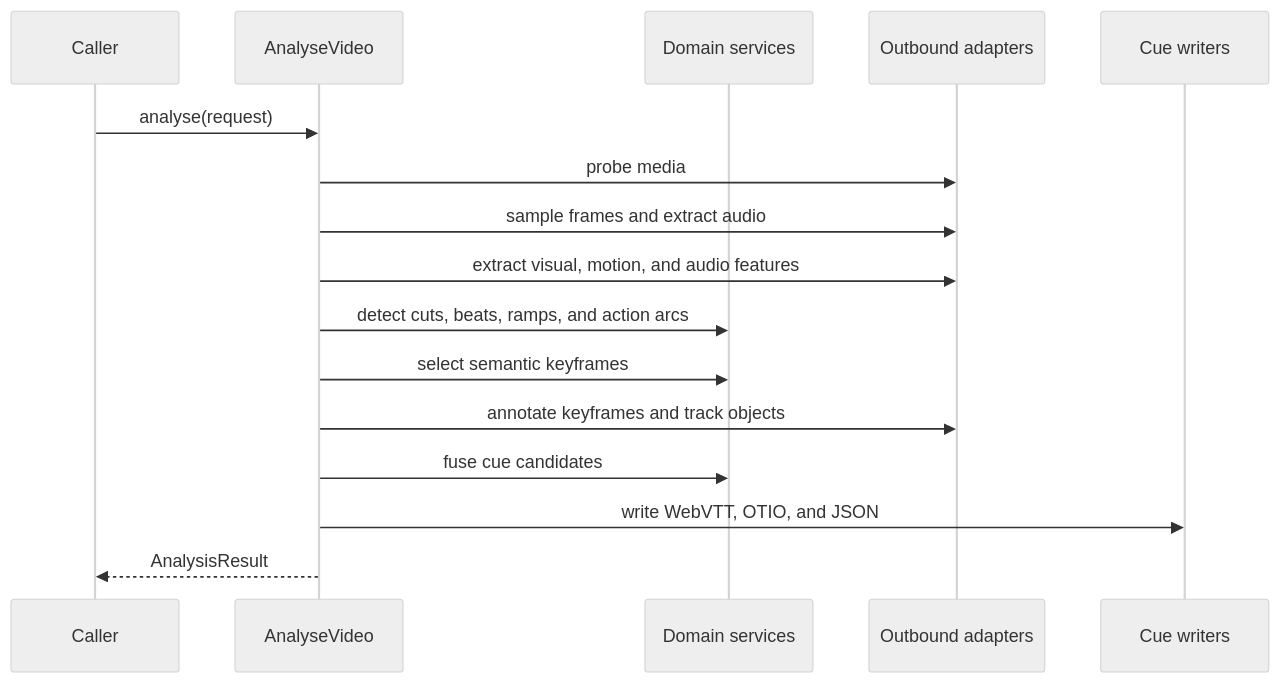
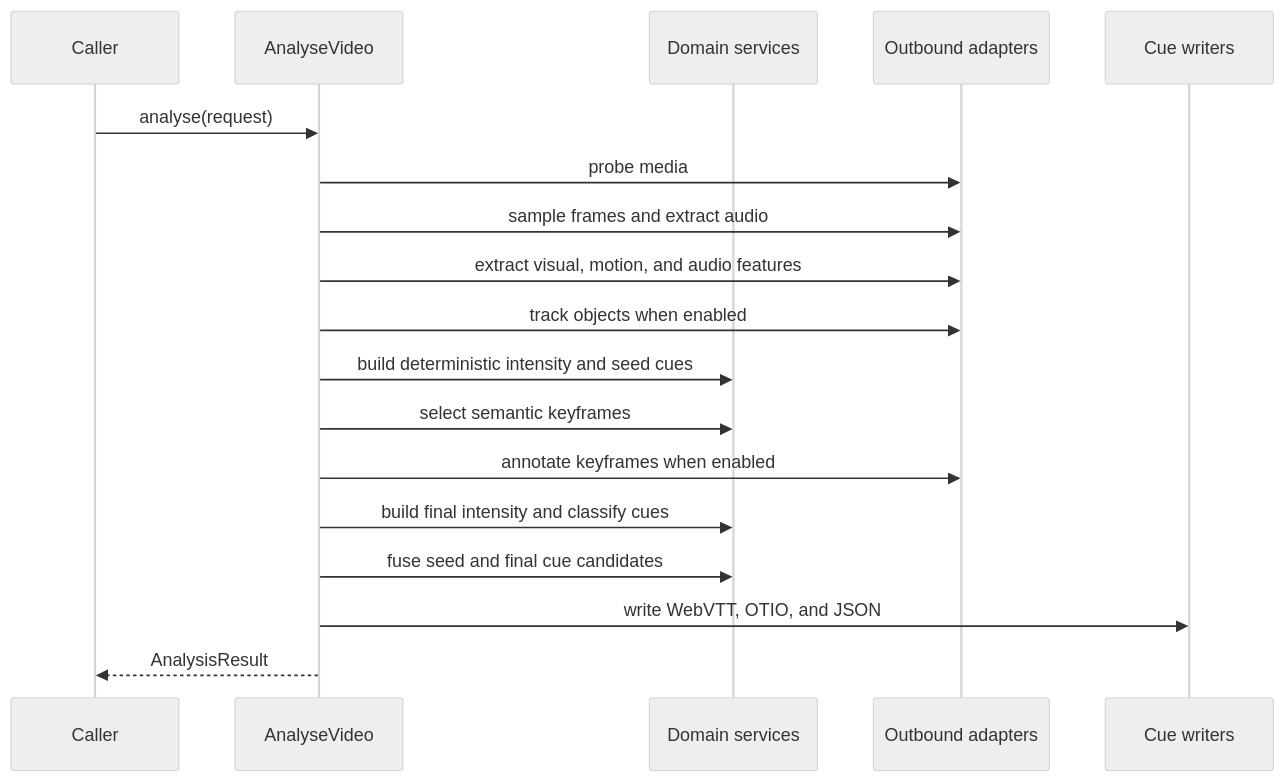
Before and after one commit to leynos/beatcue: the second of 2 diagrams in docs/beatcue-technical-design.md, drawn with Mermaid (neutral theme). The commit also changed other lines of this file, not shown here.

````diff
--- a/docs/beatcue-technical-design.md
+++ b/docs/beatcue-technical-design.md
@@ -287,19 +288,21 @@
 ```mermaid
 sequenceDiagram
     participant Caller
     participant App as AnalyseVideo
     participant Domain as Domain services
     participant Adapters as Outbound adapters
     participant Writers as Cue writers
 
     Caller->>App: analyse(request)
     App->>Adapters: probe media
     App->>Adapters: sample frames and extract audio
     App->>Adapters: extract visual, motion, and audio features
-    App->>Domain: detect cuts, beats, ramps, and action arcs
+    App->>Adapters: track objects when enabled
+    App->>Domain: build deterministic intensity and seed cues
     App->>Domain: select semantic keyframes
-    App->>Adapters: annotate keyframes and track objects
-    App->>Domain: fuse cue candidates
+    App->>Adapters: annotate keyframes when enabled
+    App->>Domain: build final intensity and classify cues
+    App->>Domain: fuse seed and final cue candidates
     App->>Writers: write WebVTT, OTIO, and JSON
     App-->>Caller: AnalysisResult
 ```
````
